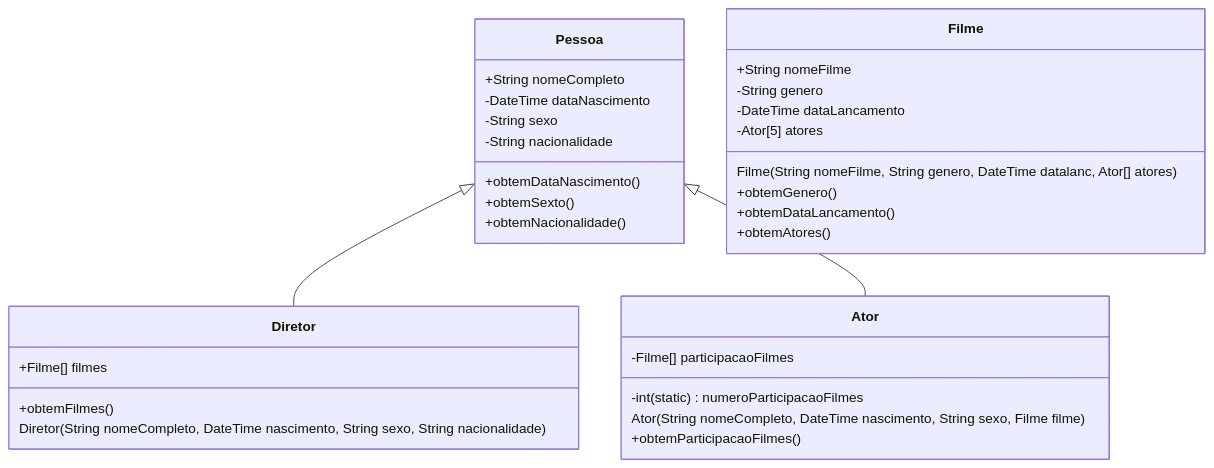
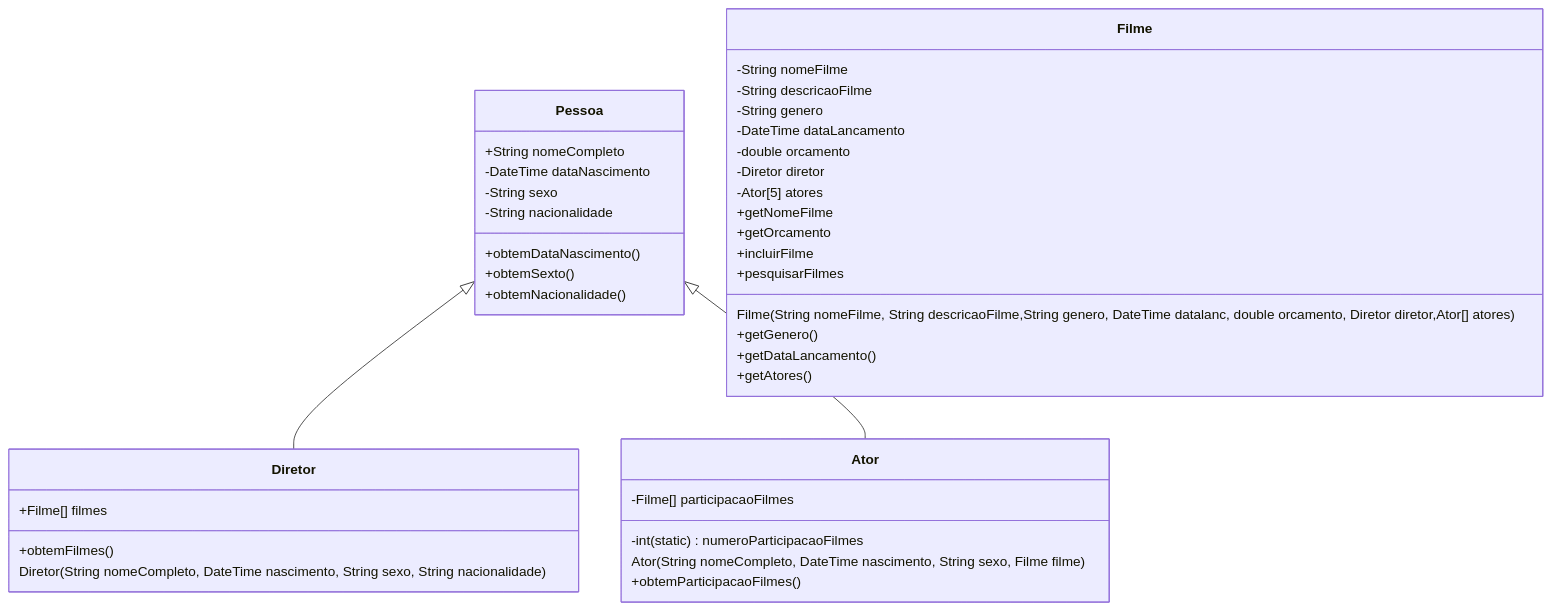
One commit to glcamillo/poo-projeto-catalogo-imdb changed the diagram in README.md. Above: the diagram before and after it, drawn with Mermaid.

Commit message:
Alteração README.md - inclusão dos nomes dos métodos para inclusão e pesquisa de filmes

````diff
--- a/README.md
+++ b/README.md
@@ -100,33 +100,40 @@
 ```mermaid
 classDiagram
     Pessoa <|-- Diretor
     Pessoa <|-- Ator
     Pessoa : +String nomeCompleto
     Pessoa : -DateTime dataNascimento
     Pessoa : -String sexo
     Pessoa : -String nacionalidade
     Pessoa: +obtemDataNascimento()
     Pessoa: +obtemSexto()
     Pessoa: +obtemNacionalidade()
     class Diretor{
       +Filme[] filmes
       +obtemFilmes()
       Diretor(String nomeCompleto, DateTime nascimento, String sexo, String nacionalidade)
     }
     class Ator{
       -int (static) numeroParticipacaoFilmes
       -Filme[] participacaoFilmes
       Ator(String nomeCompleto, DateTime nascimento, String sexo, Filme filme)
       +obtemParticipacaoFilmes()
     }
     class Filme{
-      +String nomeFilme
+      -String nomeFilme
+      -String descricaoFilme
       -String genero
       -DateTime dataLancamento
+      -double orcamento
+      -Diretor diretor
       -Ator[5] atores
-      Filme(String nomeFilme, String genero, DateTime datalanc, Ator[] atores)
-      +obtemGenero()
-      +obtemDataLancamento()
-      +obtemAtores()
+      Filme(String nomeFilme, String descricaoFilme,String genero, DateTime datalanc, double orcamento, Diretor diretor,Ator[] atores)
+      +getNomeFilme
+      +getGenero()
+      +getDataLancamento()
+      +getOrcamento
+      +getAtores()
+      +incluirFilme
+      +pesquisarFilmes
     }
 ```
````
